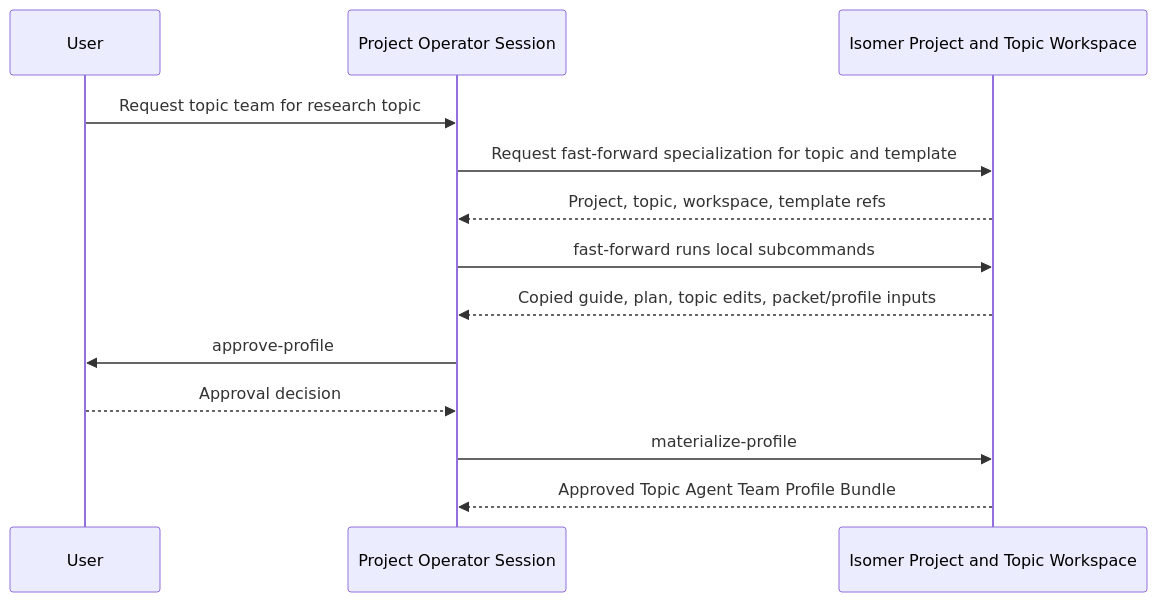
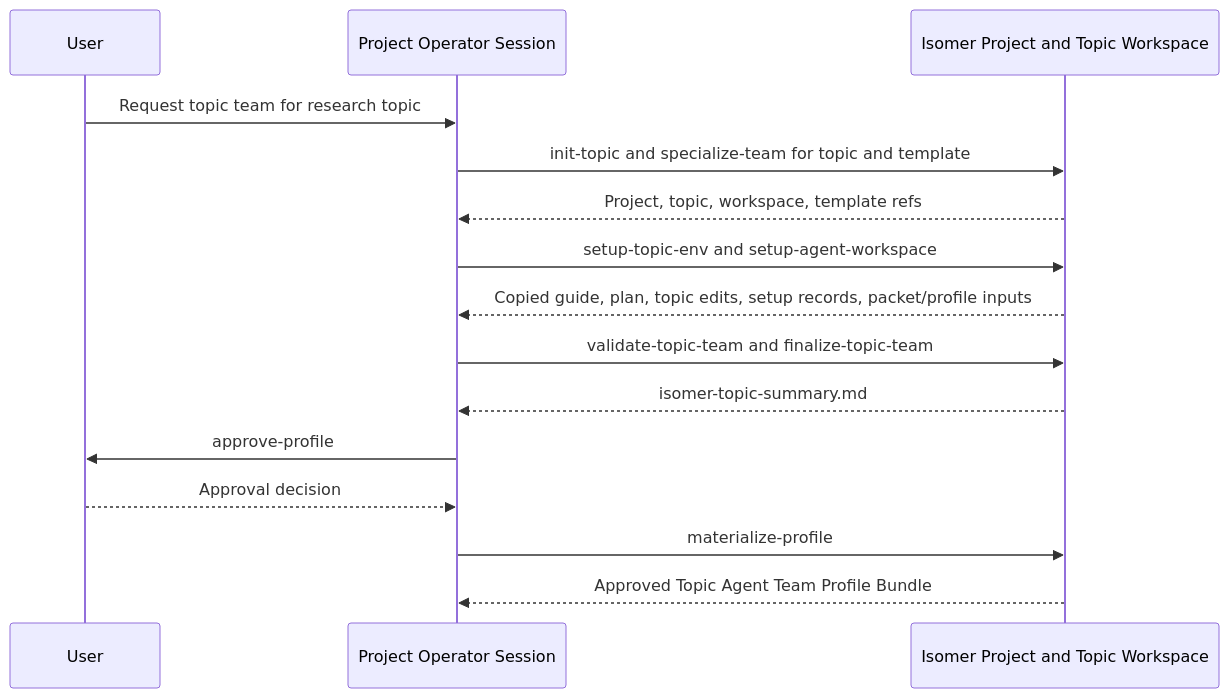
The first of 2 diagrams in skillset/operator/README.md (CodeGandee/isomer-labs), drawn with Mermaid before and after one commit. The commit also changed other lines of this file and 21 other files, not shown here.

Commit message:
feat: expand topic team specialization flow

````diff
--- a/skillset/operator/README.md
+++ b/skillset/operator/README.md
@@ -37,16 +38,18 @@
 ```mermaid
 sequenceDiagram
     participant User
     participant Operator as Project Operator Session
     participant Store as Isomer Project and Topic Workspace
 
     User->>Operator: Request topic team for research topic
-    Operator->>Store: Request fast-forward specialization for topic and template
+    Operator->>Store: init-topic and specialize-team for topic and template
     Store-->>Operator: Project, topic, workspace, template refs
-    Operator->>Store: fast-forward runs local subcommands
-    Store-->>Operator: Copied guide, plan, topic edits, packet/profile inputs
+    Operator->>Store: setup-topic-env and setup-agent-workspace
+    Store-->>Operator: Copied guide, plan, topic edits, setup records, packet/profile inputs
+    Operator->>Store: validate-topic-team and finalize-topic-team
+    Store-->>Operator: isomer-topic-summary.md
     Operator->>User: approve-profile
     User-->>Operator: Approval decision
     Operator->>Store: materialize-profile
     Store-->>Operator: Approved Topic Agent Team Profile Bundle
 ```
````
